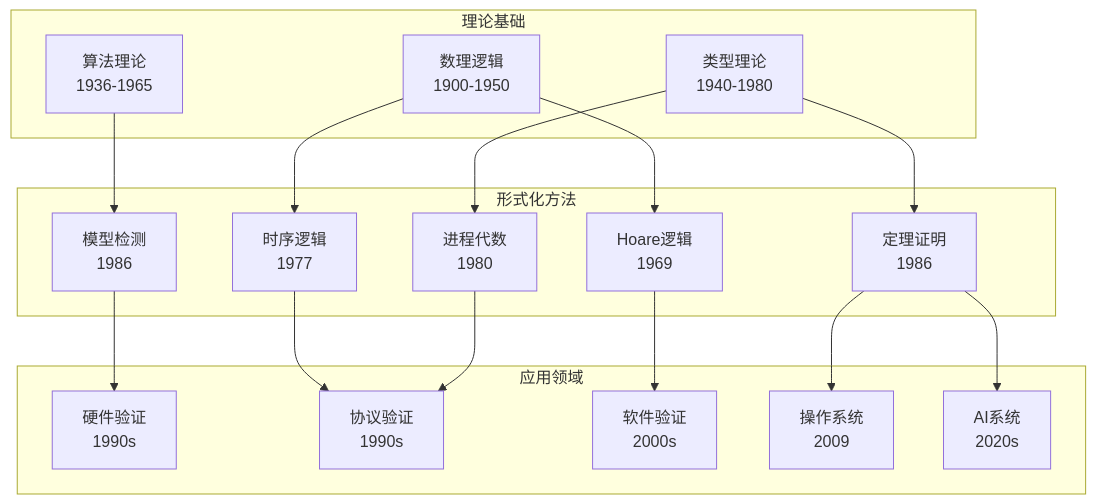
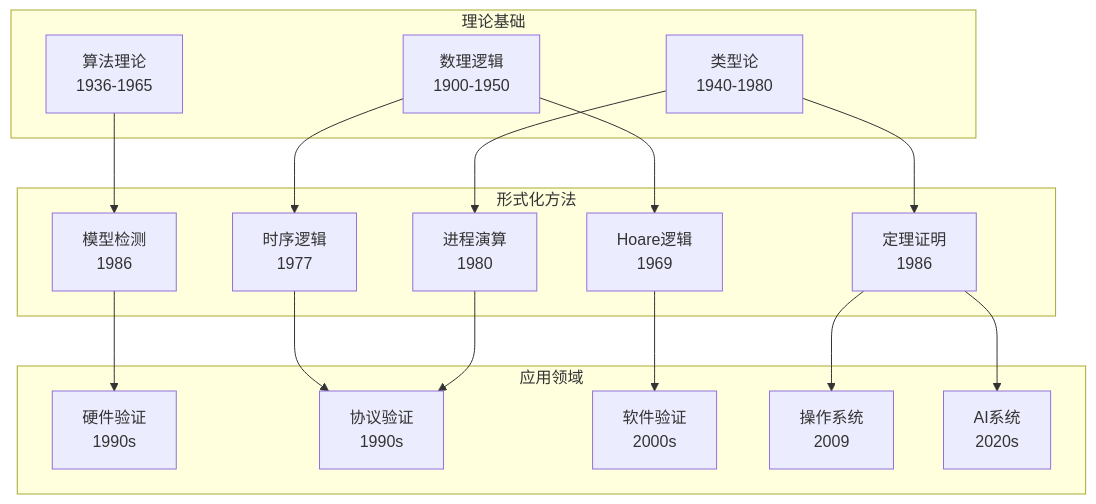
The first of 6 diagrams in formal-methods/07-future/03-history-of-formal-methods.md (AdaMartin18010/AnalysisDataFlow), drawn with Mermaid before and after one commit. The commit also changed other lines of this file and 129 other files, not shown here.

````diff
--- a/formal-methods/07-future/03-history-of-formal-methods.md
+++ b/formal-methods/07-future/03-history-of-formal-methods.md
@@ -60,37 +60,37 @@
 ```mermaid
 graph TB
     subgraph Foundation["理论基础"]
         LOGIC[数理逻辑<br/>1900-1950]
         ALGO[算法理论<br/>1936-1965]
-        TYPE[类型理论<br/>1940-1980]
+        TYPE[类型论<br/>1940-1980]
     end
 
     subgraph Methods["形式化方法"]
         HOARE[Hoare逻辑<br/>1969]
         TEMPORAL[时序逻辑<br/>1977]
-        PROCESS[进程代数<br/>1980]
+        PROCESS[进程演算<br/>1980]
         MODEL[模型检测<br/>1986]
         PROOF[定理证明<br/>1986]
     end
 
     subgraph Applications["应用领域"]
         HW[硬件验证<br/>1990s]
         PROTO[协议验证<br/>1990s]
         SW[软件验证<br/>2000s]
         OS[操作系统<br/>2009]
         AI[AI系统<br/>2020s]
     end
 
     LOGIC --> HOARE
     LOGIC --> TEMPORAL
     ALGO --> MODEL
     TYPE --> PROCESS
     TYPE --> PROOF
 
     HOARE --> SW
     TEMPORAL --> PROTO
     PROCESS --> PROTO
     MODEL --> HW
     PROOF --> OS
     PROOF --> AI
 ```
````
